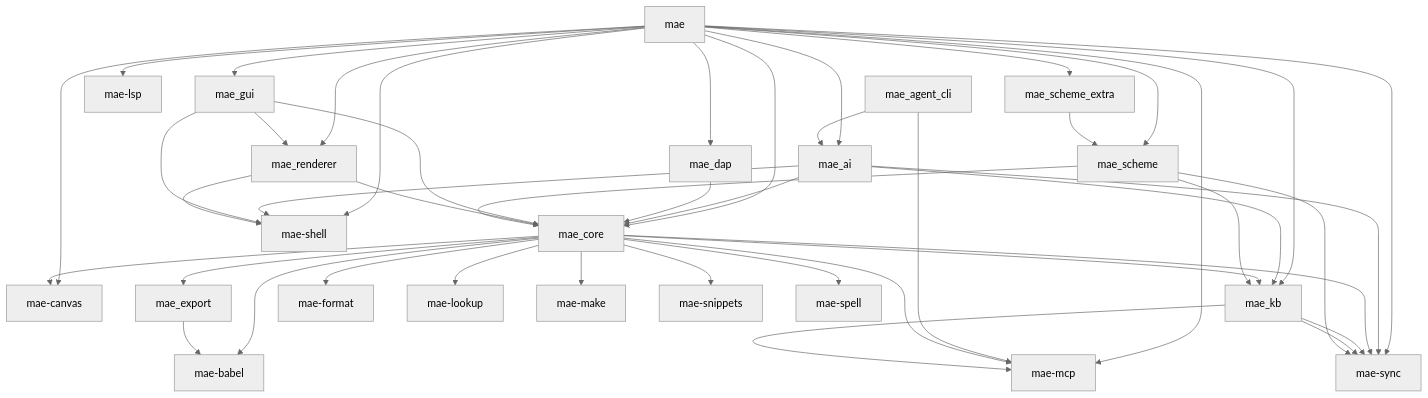
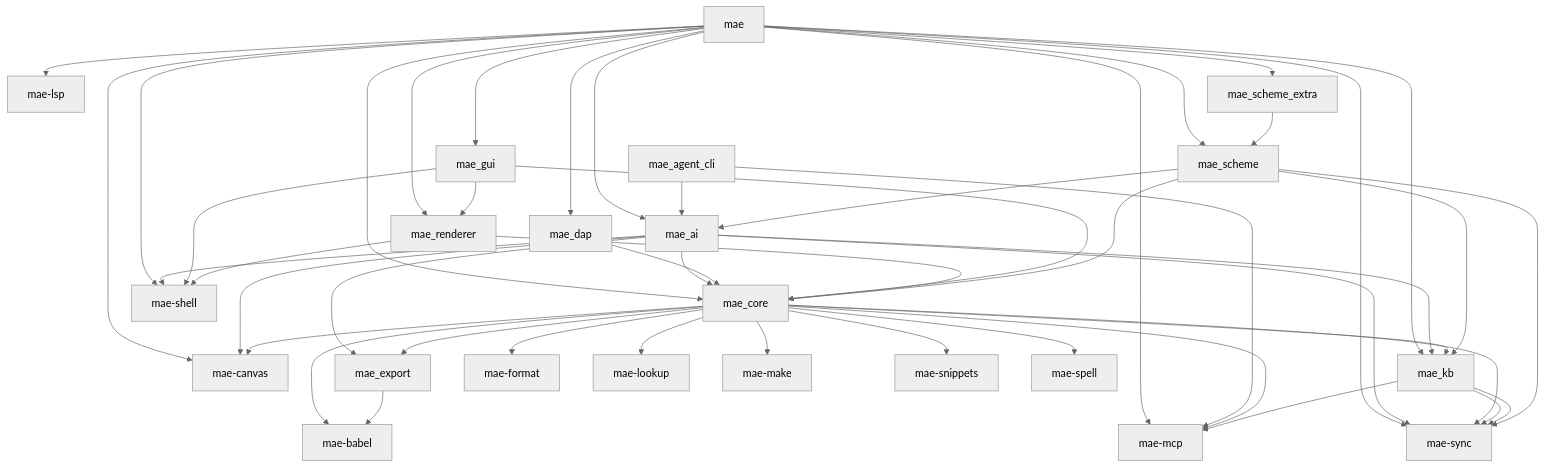
One commit to cuttlefisch/mae changed the diagram in docs/CODE_MAP.md. Above: the diagram before and after it, drawn with Mermaid (neutral theme). The commit also changed other lines of this file and 6 other files, not shown here.

````diff
--- a/docs/CODE_MAP.md
+++ b/docs/CODE_MAP.md
@@ -7,58 +7,61 @@
 ```mermaid
 graph TD
     mae --> mae_ai
     mae --> mae_canvas
     mae --> mae_core
     mae --> mae_dap
     mae --> mae_gui
     mae --> mae_kb
     mae --> mae_lsp
     mae --> mae_mcp
     mae --> mae_renderer
     mae --> mae_scheme
     mae --> mae_scheme_extra
     mae --> mae_shell
     mae --> mae_sync
     mae_agent_cli --> mae_ai
     mae_agent_cli --> mae_mcp
+    mae_ai --> mae_canvas
     mae_ai --> mae_core
+    mae_ai --> mae_export
     mae_ai --> mae_kb
     mae_ai --> mae_shell
     mae_ai --> mae_sync
     mae_babel[mae-babel]
     mae_canvas[mae-canvas]
     mae_core --> mae_babel
     mae_core --> mae_canvas
     mae_core --> mae_export
     mae_core --> mae_format
     mae_core --> mae_kb
     mae_core --> mae_lookup
     mae_core --> mae_make
     mae_core --> mae_snippets
     mae_core --> mae_spell
     mae_core --> mae_sync
     mae_core --> mae_mcp
     mae_dap --> mae_core
     mae_export --> mae_babel
     mae_format[mae-format]
     mae_gui --> mae_core
     mae_gui --> mae_renderer
     mae_gui --> mae_shell
     mae_kb --> mae_mcp
     mae_kb --> mae_sync
     mae_kb --> mae_sync
     mae_lookup[mae-lookup]
     mae_lsp[mae-lsp]
     mae_make[mae-make]
     mae_mcp[mae-mcp]
     mae_renderer --> mae_core
     mae_renderer --> mae_shell
+    mae_scheme --> mae_ai
     mae_scheme --> mae_core
     mae_scheme --> mae_kb
     mae_scheme --> mae_sync
     mae_scheme_extra --> mae_scheme
     mae_shell[mae-shell]
     mae_snippets[mae-snippets]
     mae_spell[mae-spell]
     mae_sync[mae-sync]
 ```
````
